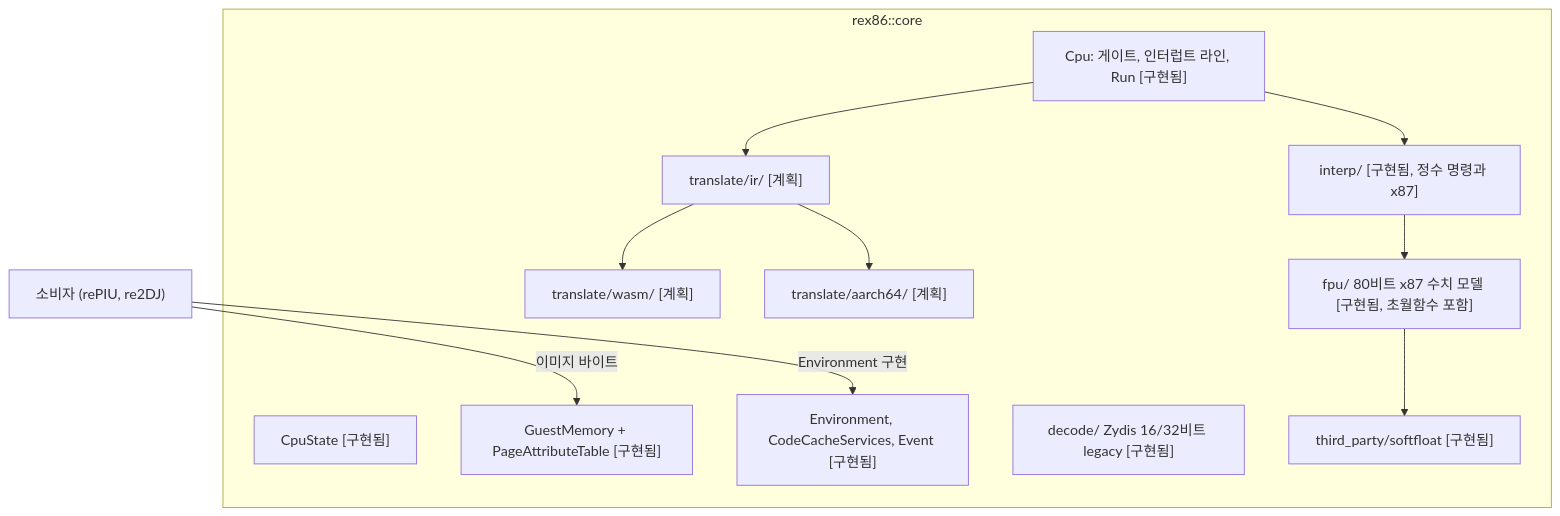
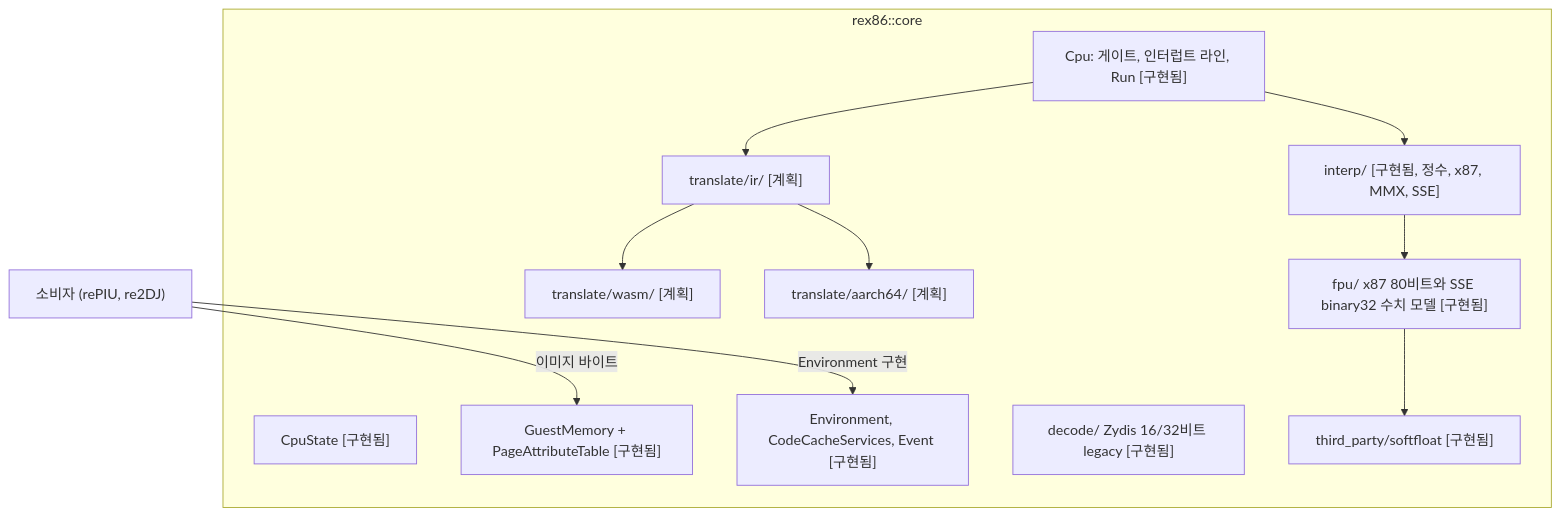
The diagram in ARCHITECTURE.md (reexec/rex86), drawn with Mermaid before and after one commit. The commit also changed other lines of this file and 41 other files, not shown here.

First line of the commit message:
Add MMX and the Pentium III's SSE with MXCSR exceptions and the SIMD host fuzz (#29)

````diff
--- a/ARCHITECTURE.md
+++ b/ARCHITECTURE.md
@@ -9,24 +9,24 @@
 ```mermaid
 flowchart TB
     subgraph CORE["rex86::core"]
         STATE["CpuState [구현됨]"]
         MEM["GuestMemory + PageAttributeTable [구현됨]"]
         ENV["Environment, CodeCacheServices, Event [구현됨]"]
         CPU["Cpu: 게이트, 인터럽트 라인, Run [구현됨]"]
         DEC["decode/ Zydis 16/32비트 legacy [구현됨]"]
-        INT["interp/ [구현됨, 정수 명령과 x87]"]
+        INT["interp/ [구현됨, 정수, x87, MMX, SSE]"]
         IR["translate/ir/ [계획]"]
         WASM["translate/wasm/ [계획]"]
         A64["translate/aarch64/ [계획]"]
-        FPU["fpu/ 80비트 x87 수치 모델 [구현됨, 초월함수 포함]"]
+        FPU["fpu/ x87 80비트와 SSE binary32 수치 모델 [구현됨]"]
         SF["third_party/softfloat [구현됨]"]
     end
     HOST["소비자 (rePIU, re2DJ)"] -- "Environment 구현" --> ENV
     HOST -- "이미지 바이트" --> MEM
     CPU --> INT
     INT --> FPU
     FPU --> SF
     CPU --> IR
     IR --> WASM
     IR --> A64
 ```
````
